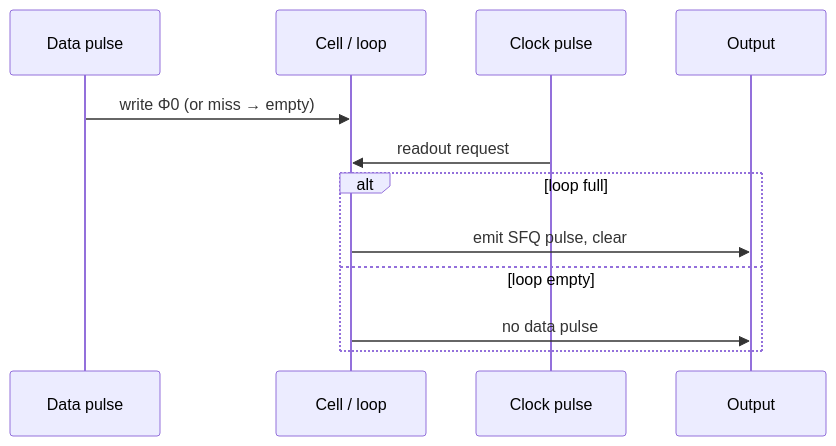
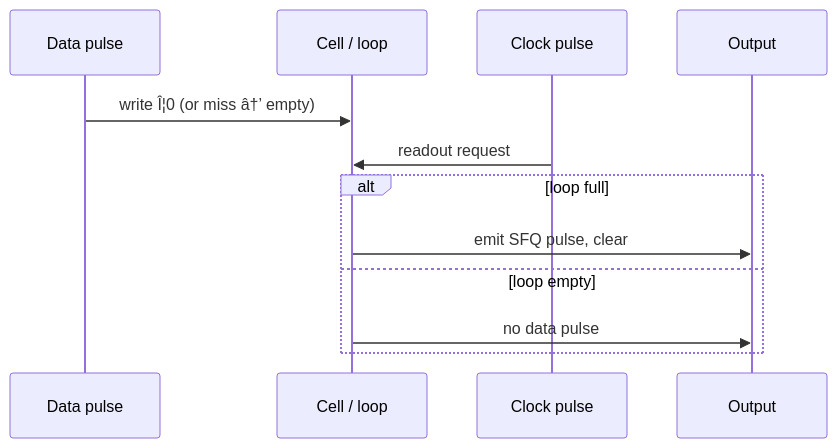
Before and after one commit to Single-Flux-Quantum/sfq-learn-public: the second of 2 diagrams in docs/concepts/rsfq-logic.md, drawn with Mermaid. The commit also changed other lines of this file and 41 other files, not shown here.

````diff
--- a/docs/concepts/rsfq-logic.md
+++ b/docs/concepts/rsfq-logic.md
@@ -100,14 +100,14 @@
 ```mermaid
 sequenceDiagram
   participant D as Data pulse
   participant C as Cell / loop
   participant K as Clock pulse
   participant O as Output
-  D->>C: write Φ0 (or miss → empty)
+  D->>C: write Î¦0 (or miss â†’ empty)
   K->>C: readout request
   alt loop full
     C->>O: emit SFQ pulse, clear
   else loop empty
     C->>O: no data pulse
   end
 ```
````
